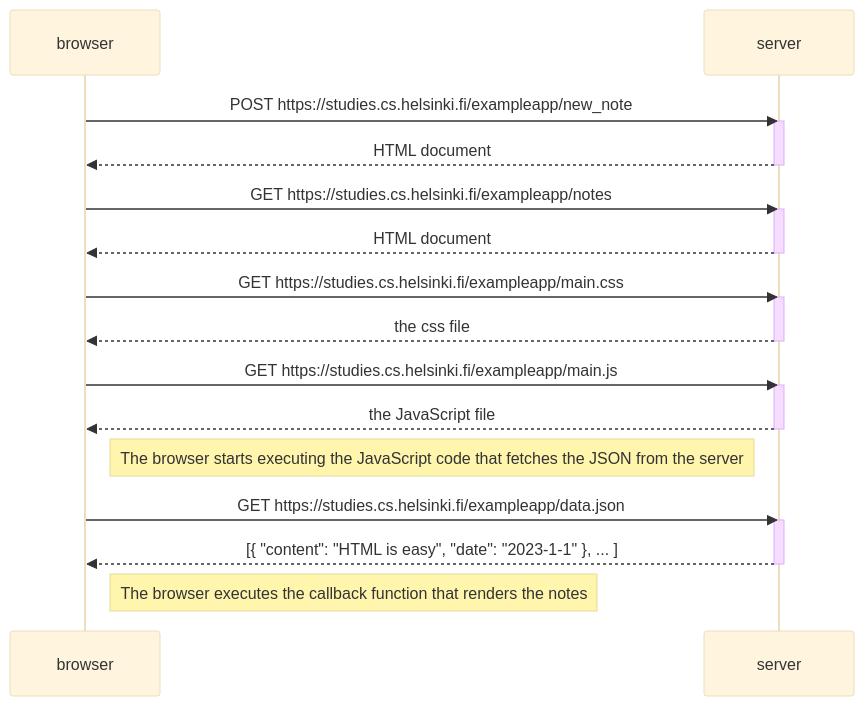
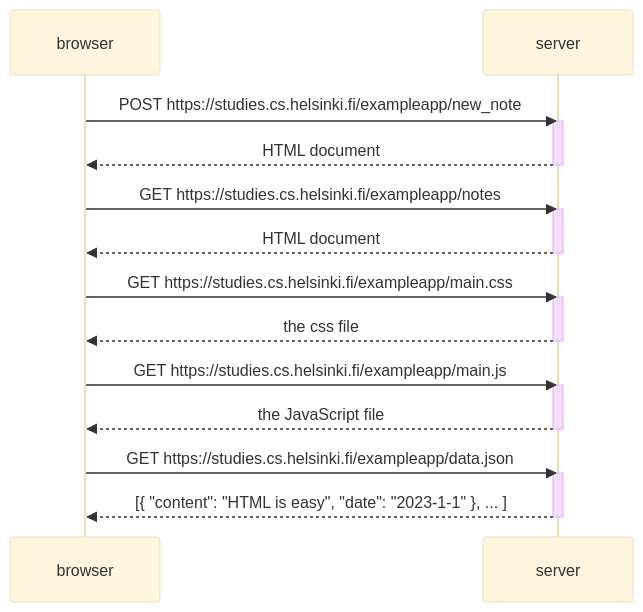
Before and after one commit to Rodrylujan/FullStack: the diagram in part0/0.4 New note diagram.md, drawn with Mermaid (base theme).

Commit message:
Update 0.4 New note diagram.md

````diff
--- a/part0/0.4 New note diagram.md
+++ b/part0/0.4 New note diagram.md
@@ -2,34 +2,31 @@
 ```mermaid
 sequenceDiagram
     participant browser
     participant server
 
     browser->>server: POST https://studies.cs.helsinki.fi/exampleapp/new_note
     activate server
     server-->>browser: HTML document
     deactivate server
 
     browser->>server: GET https://studies.cs.helsinki.fi/exampleapp/notes
     activate server
     server-->>browser: HTML document
     deactivate server
 
     browser->>server: GET https://studies.cs.helsinki.fi/exampleapp/main.css
     activate server
     server-->>browser: the css file
     deactivate server
 
     browser->>server: GET https://studies.cs.helsinki.fi/exampleapp/main.js
     activate server
     server-->>browser: the JavaScript file
     deactivate server
 
-    Note right of browser: The browser starts executing the JavaScript code that fetches the JSON from the server
-
     browser->>server: GET https://studies.cs.helsinki.fi/exampleapp/data.json
     activate server
     server-->>browser: [{ "content": "HTML is easy", "date": "2023-1-1" }, ... ]
     deactivate server
 
-    Note right of browser: The browser executes the callback function that renders the notes
 ```
````
